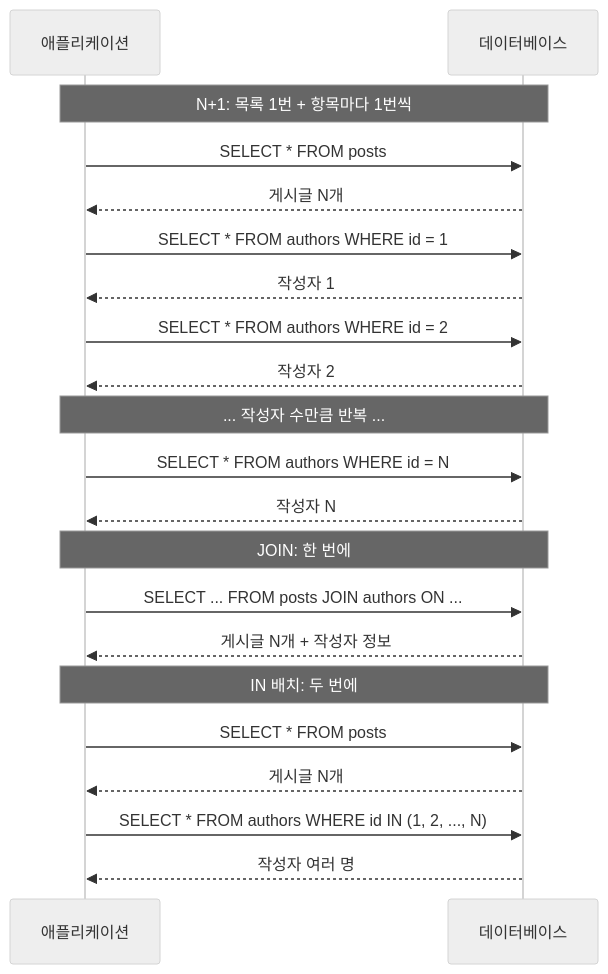
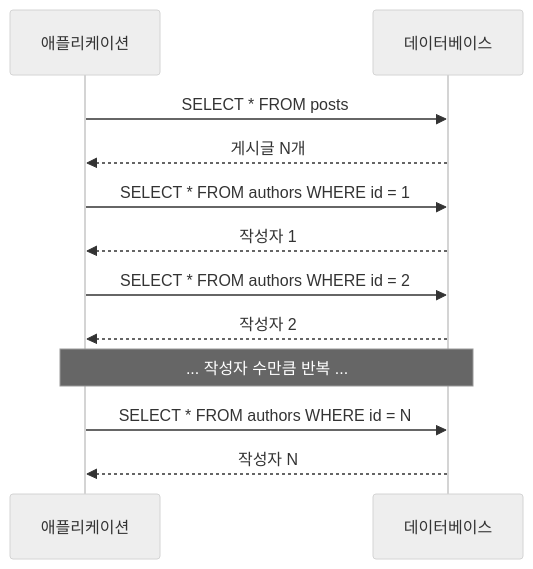
One commit to bnbong/dev-blog changed the first of 3 diagrams in content/blog/20261103-n-plus-one/index.md. Above: the diagram before and after it, drawn with Mermaid (neutral theme). The commit also changed other lines of this file, not shown here.

````diff
--- a/content/blog/20261103-n-plus-one/index.md
+++ b/content/blog/20261103-n-plus-one/index.md
@@ -97,26 +99,14 @@
 ```mermaid
 sequenceDiagram
     participant App as 애플리케이션
     participant DB as 데이터베이스
-
-    Note over App,DB: N+1: 목록 1번 + 항목마다 1번씩
     App->>DB: SELECT * FROM posts
     DB-->>App: 게시글 N개
     App->>DB: SELECT * FROM authors WHERE id = 1
     DB-->>App: 작성자 1
     App->>DB: SELECT * FROM authors WHERE id = 2
     DB-->>App: 작성자 2
     Note over App,DB: ... 작성자 수만큼 반복 ...
     App->>DB: SELECT * FROM authors WHERE id = N
     DB-->>App: 작성자 N
-
-    Note over App,DB: JOIN: 한 번에
-    App->>DB: SELECT ... FROM posts JOIN authors ON ...
-    DB-->>App: 게시글 N개 + 작성자 정보
-
-    Note over App,DB: IN 배치: 두 번에
-    App->>DB: SELECT * FROM posts
-    DB-->>App: 게시글 N개
-    App->>DB: SELECT * FROM authors WHERE id IN (1, 2, ..., N)
-    DB-->>App: 작성자 여러 명
 ```
````
